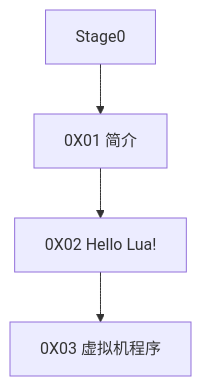
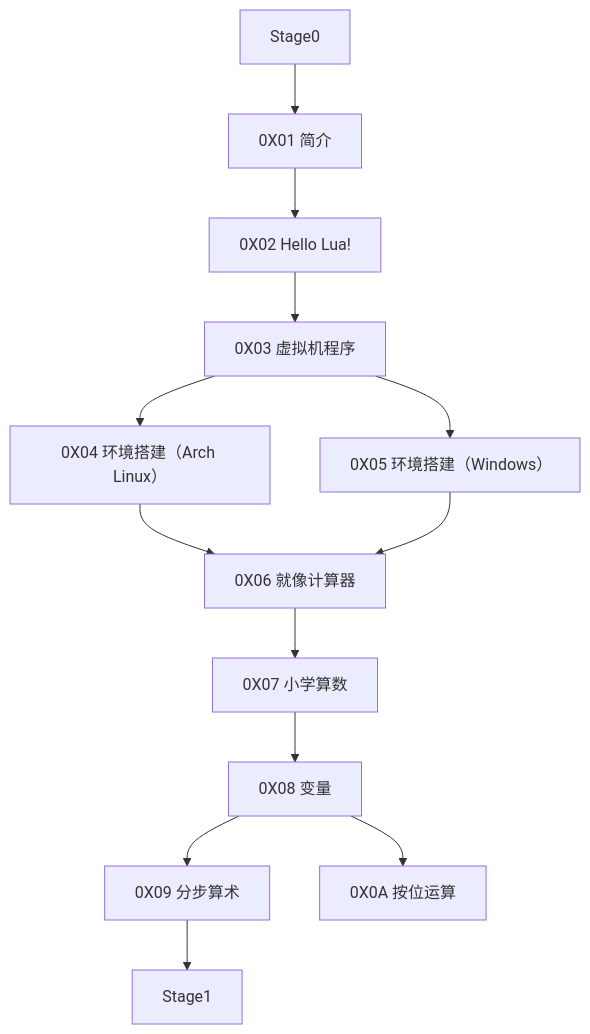
Before and after one commit to ZhiZe-ZG/TXLuaLesson: the third of 3 diagrams in 目录.md, drawn with Mermaid. The commit also changed other lines of this file and 9 other files, not shown here.

````diff
--- a/目录.md
+++ b/目录.md
@@ -38,11 +38,28 @@
 ```mermaid
 graph TD;
     S0[Stage0]
+    S1[Stage1]
     C01[0X01 简介]
     C02[0X02 Hello Lua!]
     C03[0X03 虚拟机程序]
+    C04[0X04 环境搭建（Arch Linux）]
+    C05[0X05 环境搭建（Windows）]
+    C06[0X06 就像计算器]
+    C07[0X07 小学算数]
+    C08[0X08 变量]
+    C09[0X09 分步算术]
+    C0A[0X0A 按位运算]
 
     S0-->C01
     C01-->C02
     C02-->C03
+    C03-->C04
+    C03-->C05
+    C04-->C06
+    C05-->C06
+    C06-->C07
+    C07-->C08
+    C08-->C09
+    C08-->C0A
+    C09-->S1
 ```
````
